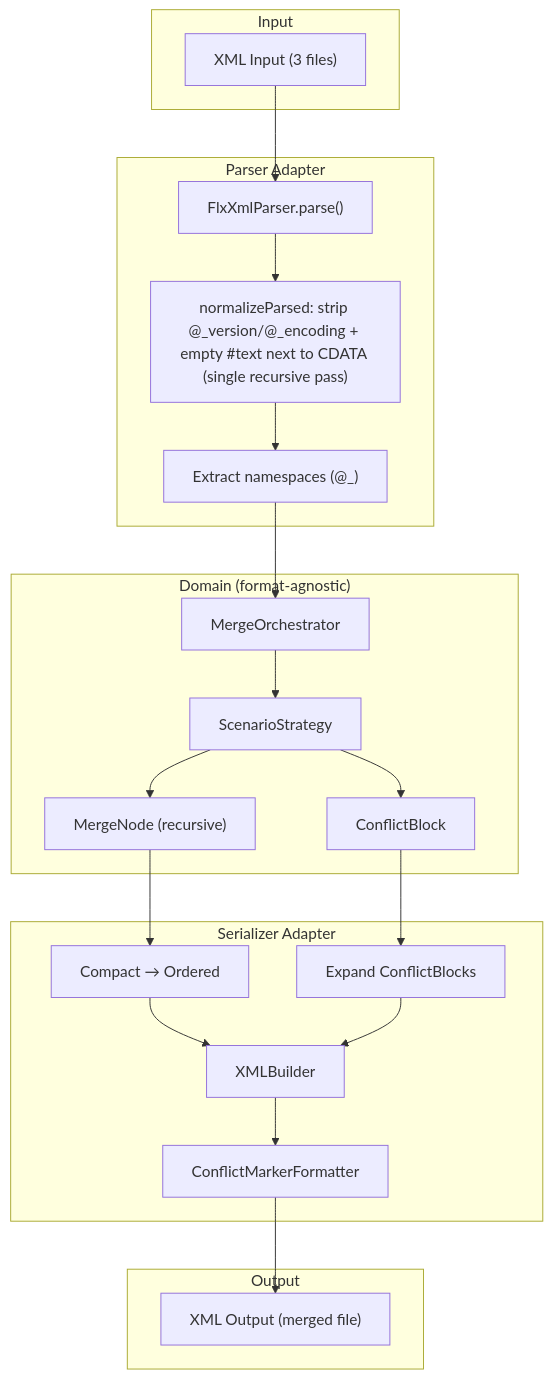
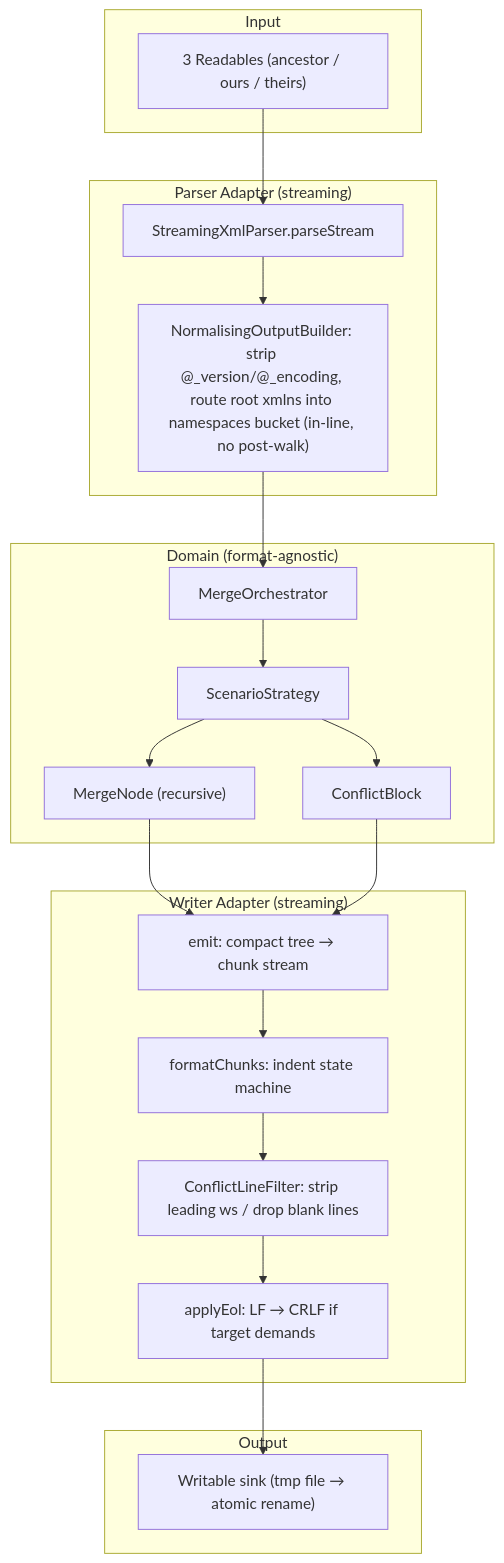
One commit to scolladon/sf-git-merge-driver changed the sixth of 8 diagrams in DESIGN.md. Above: the diagram before and after it, drawn with Mermaid. The commit also changed other lines of this file and 4 other files, not shown here.

````diff
--- a/DESIGN.md
+++ b/DESIGN.md
@@ -284,40 +285,37 @@
 ```mermaid
 flowchart TD
     subgraph Input
-        XML["XML Input (3 files)"]
+        XML["3 Readables (ancestor / ours / theirs)"]
     end
 
-    subgraph "Parser Adapter"
-        Parse["FlxXmlParser.parse()"]
-        Normalize["normalizeParsed: strip @_version/@_encoding + empty #text next to CDATA (single recursive pass)"]
-        Extract["Extract namespaces (@_)"]
+    subgraph "Parser Adapter (streaming)"
+        Parse["StreamingXmlParser.parseStream"]
+        Normalise["NormalisingOutputBuilder: strip @_version/@_encoding, route root xmlns into namespaces bucket (in-line, no post-walk)"]
     end
 
     subgraph "Domain (format-agnostic)"
         Orchestrator["MergeOrchestrator"]
         Strategy["ScenarioStrategy"]
         Nodes["MergeNode (recursive)"]
         Conflict["ConflictBlock"]
     end
 
-    subgraph "Serializer Adapter"
-        Convert["Compact → Ordered"]
-        Expand["Expand ConflictBlocks"]
-        Build["XMLBuilder"]
-        Format["ConflictMarkerFormatter"]
+    subgraph "Writer Adapter (streaming)"
+        Emit["emit: compact tree → chunk stream"]
+        Format["formatChunks: indent state machine"]
+        Filter["ConflictLineFilter: strip leading ws / drop blank lines"]
+        Eol["applyEol: LF → CRLF if target demands"]
     end
 
     subgraph Output
-        Result["XML Output (merged file)"]
+        Result["Writable sink (tmp file → atomic rename)"]
     end
 
-    XML --> Parse --> Normalize --> Extract --> Orchestrator
+    XML --> Parse --> Normalise --> Orchestrator
     Orchestrator --> Strategy
     Strategy --> Nodes
     Strategy --> Conflict
-    Nodes --> Convert
-    Conflict --> Expand
-    Convert --> Build
-    Expand --> Build
-    Build --> Format --> Result
+    Nodes --> Emit
+    Conflict --> Emit
+    Emit --> Format --> Filter --> Eol --> Result
 ```
````
